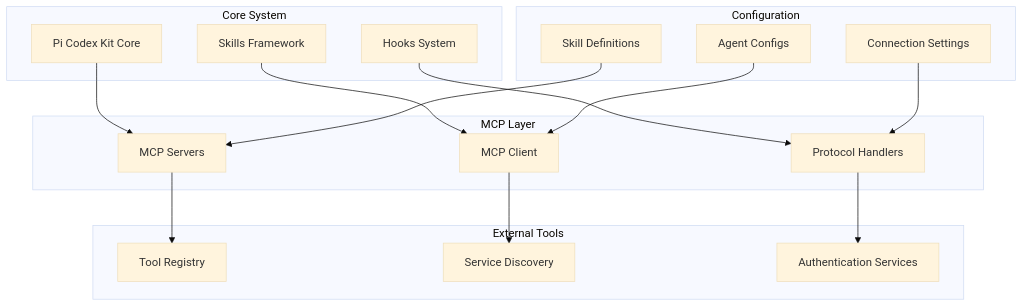
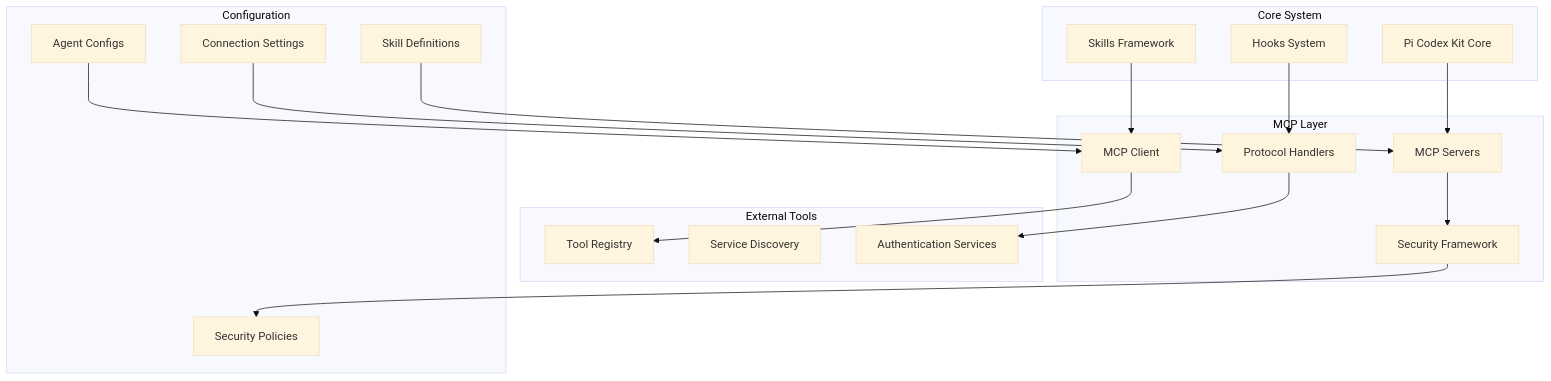
The first of 5 diagrams in .qoder/repowiki/en/content/Core Architecture/MCP Server Integration.md (Sherlock-Shi/pi-codex-kit), drawn with Mermaid (base theme) before and after one commit. The commit also changed other lines of this file and 47 other files, not shown here.

````diff
--- a/.qoder/repowiki/en/content/Core Architecture/MCP Server Integration.md
+++ b/.qoder/repowiki/en/content/Core Architecture/MCP Server Integration.md
@@ -33,32 +43,35 @@
 ```mermaid
 graph TB
 subgraph "Core System"
 A[Pi Codex Kit Core]
 B[Skills Framework]
 C[Hooks System]
 end
 subgraph "MCP Layer"
 D[MCP Servers]
 E[MCP Client]
 F[Protocol Handlers]
+G[Security Framework]
 end
 subgraph "External Tools"
-G[Tool Registry]
-H[Service Discovery]
-I[Authentication Services]
+H[Tool Registry]
+I[Service Discovery]
+J[Authentication Services]
 end
 subgraph "Configuration"
-J[Skill Definitions]
-K[Agent Configs]
-L[Connection Settings]
+K[Skill Definitions]
+L[Agent Configs]
+M[Connection Settings]
+N[Security Policies]
 end
 A --> D
 B --> E
 C --> F
 D --> G
 E --> H
-F --> I
-J --> D
-K --> E
-L --> F
+F --> J
+G --> N
+K --> D
+L --> E
+M --> F
 ```
````
